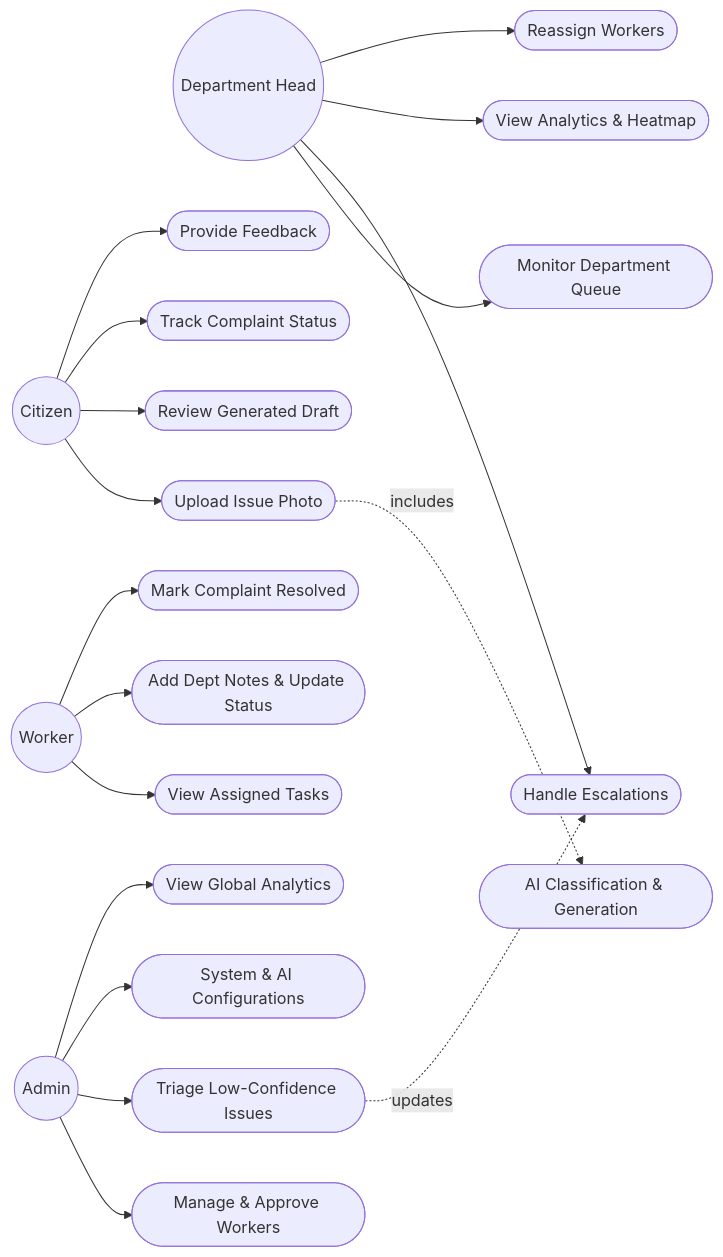
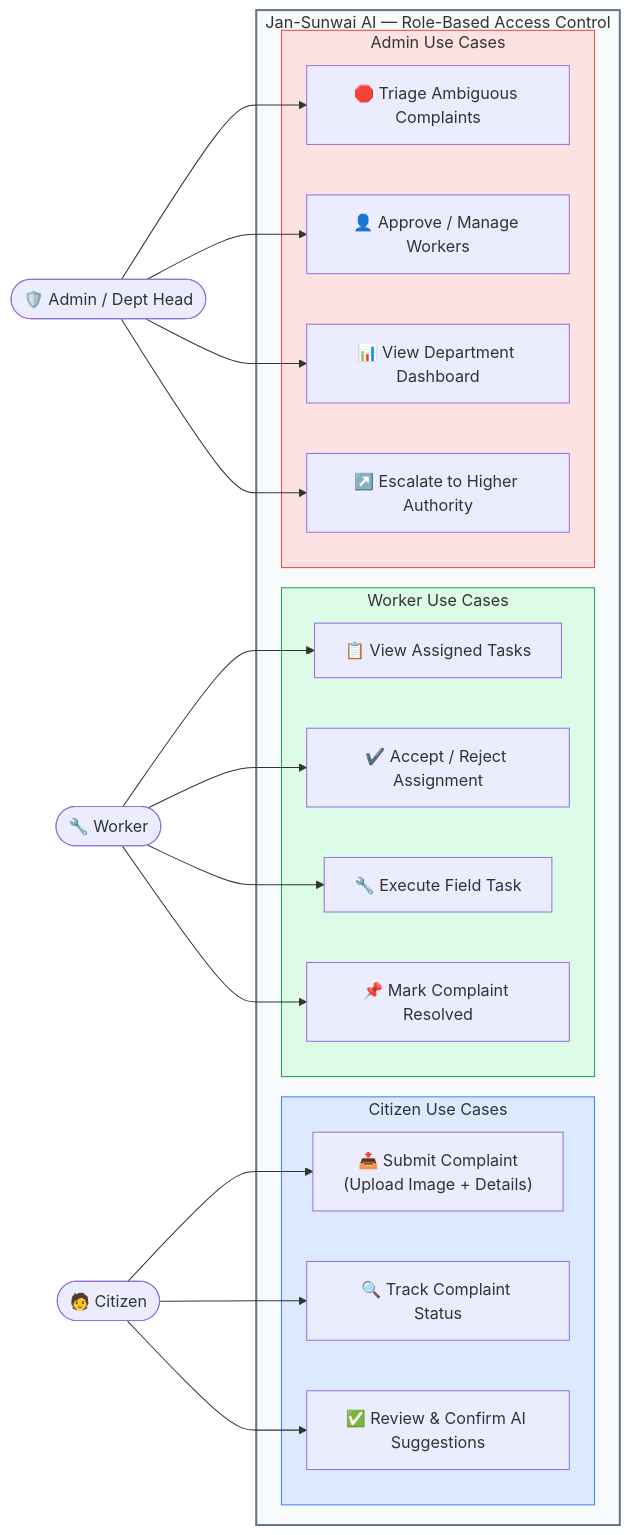
One commit to ark5234/Jan-Sunwai-AI changed the fifth of 10 diagrams in docs/DIAGRAMS.md. Above: the diagram before and after it, drawn with Mermaid. The commit also changed other lines of this file, not shown here.

````diff
--- a/docs/DIAGRAMS.md
+++ b/docs/DIAGRAMS.md
@@ -102,29 +201,47 @@
 ```mermaid
 flowchart LR
-    Citizen((Citizen))
-    Worker((Worker))
-    DeptHead((Department Head))
-    Admin((Admin))
-    
-    Citizen --> UC1([Upload Issue Photo])
-    Citizen --> UC2([Review Generated Draft])
-    Citizen --> UC3([Track Complaint Status])
-    Citizen --> UC14([Provide Feedback])
-    
-    Worker --> UC4([View Assigned Tasks])
-    Worker --> UC5([Add Dept Notes & Update Status])
-    Worker --> UC6([Mark Complaint Resolved])
-    
-    DeptHead --> UC7([Monitor Department Queue])
-    DeptHead --> UC8([Handle Escalations])
-    DeptHead --> UC9([View Analytics & Heatmap])
-    DeptHead --> UC15([Reassign Workers])
-    
-    Admin --> UC10([Manage & Approve Workers])
-    Admin --> UC11([Triage Low-Confidence Issues])
-    Admin --> UC12([System & AI Configurations])
-    Admin --> UC16([View Global Analytics])
-    
-    UC1 -.->|includes| UC13([AI Classification & Generation])
-    UC11 -.->|updates| UC8
+    Citizen(["🧑 Citizen"])
+    Worker(["🔧 Worker"])
+    Admin(["🛡️ Admin / Dept Head"])
+
+    subgraph RBAC ["Jan-Sunwai AI — Role-Based Access Control"]
+        subgraph CITIZEN_UC ["Citizen Use Cases"]
+            UC1["📤 Submit Complaint\n(Upload Image + Details)"]
+            UC2["🔍 Track Complaint Status"]
+            UC3["✅ Review & Confirm AI Suggestions"]
+        end
+
+        subgraph WORKER_UC ["Worker Use Cases"]
+            UC4["📋 View Assigned Tasks"]
+            UC5["✔️ Accept / Reject Assignment"]
+            UC6["🔧 Execute Field Task"]
+            UC7["📌 Mark Complaint Resolved"]
+        end
+
+        subgraph ADMIN_UC ["Admin Use Cases"]
+            UC8["🛑 Triage Ambiguous Complaints"]
+            UC9["👤 Approve / Manage Workers"]
+            UC10["📊 View Department Dashboard"]
+            UC11["↗️ Escalate to Higher Authority"]
+        end
+    end
+
+    Citizen --> UC1
+    Citizen --> UC2
+    Citizen --> UC3
+
+    Worker --> UC4
+    Worker --> UC5
+    Worker --> UC6
+    Worker --> UC7
+
+    Admin --> UC8
+    Admin --> UC9
+    Admin --> UC10
+    Admin --> UC11
+
+    style CITIZEN_UC fill:#dbeafe,stroke:#3b82f6
+    style WORKER_UC fill:#dcfce7,stroke:#16a34a
+    style ADMIN_UC fill:#fee2e2,stroke:#ef4444
+    style RBAC fill:#f8fafc,stroke:#64748b,stroke-width:2px
 ```
````
